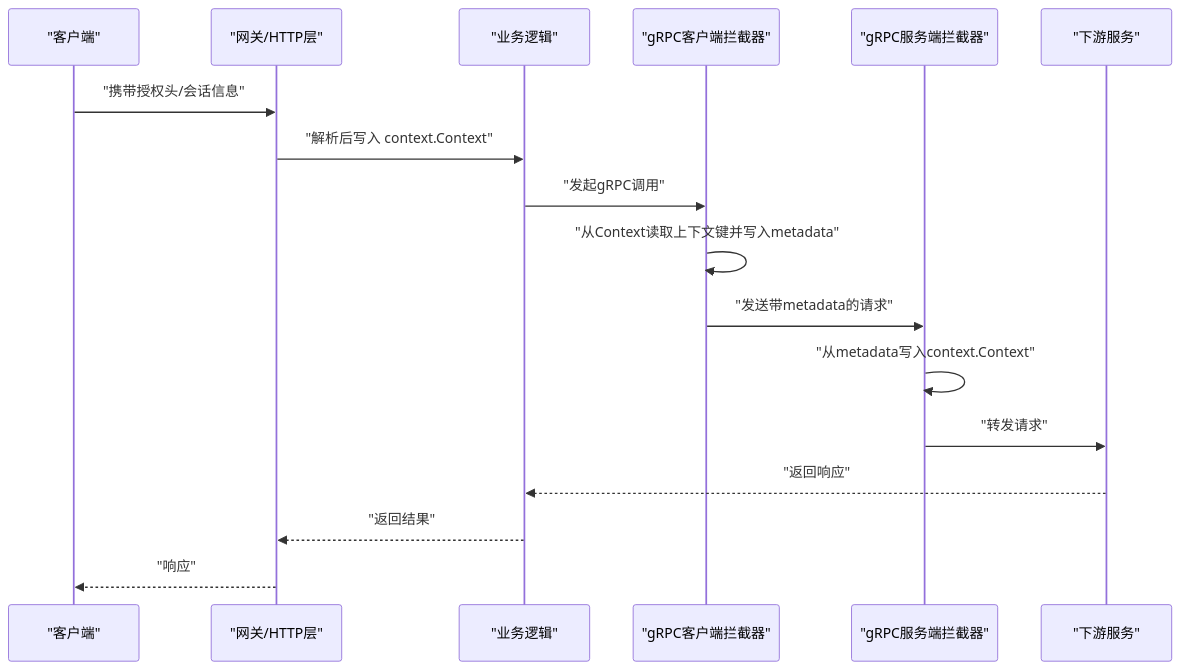
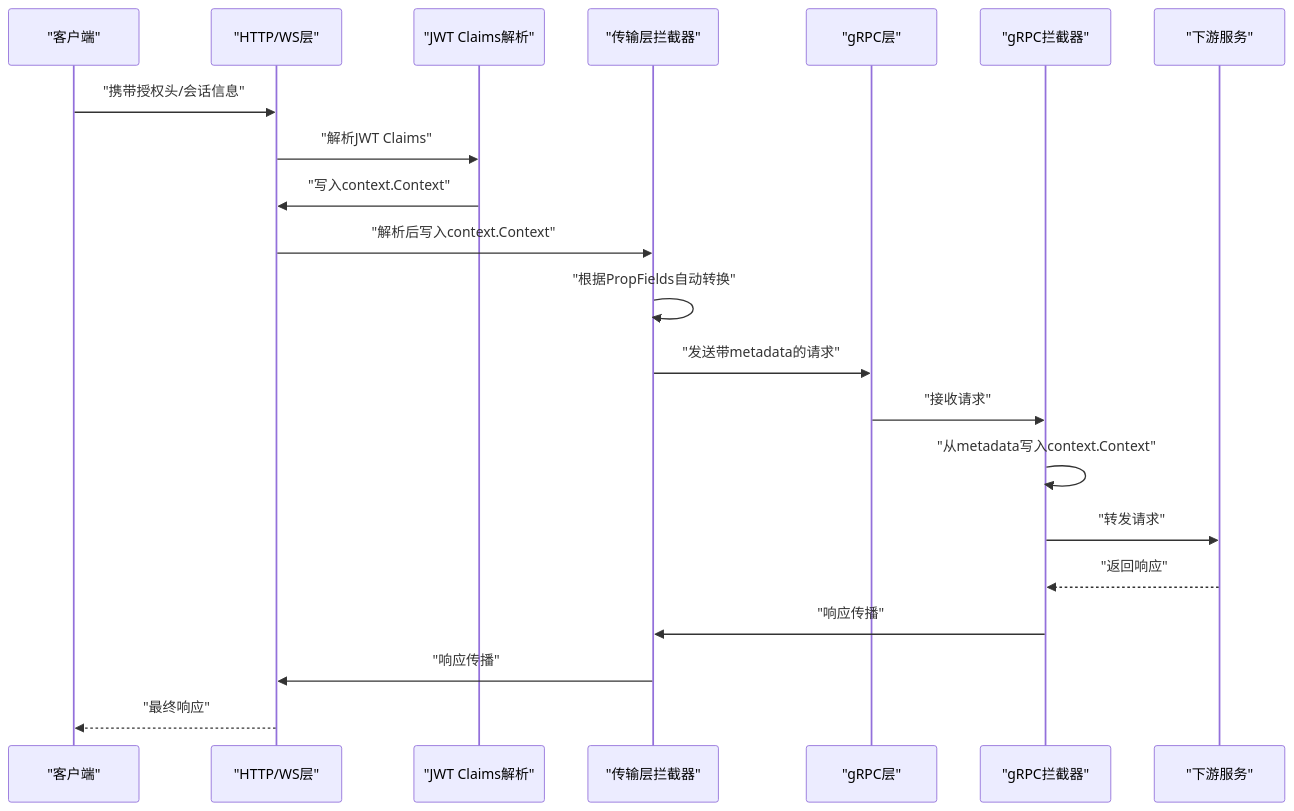
One commit to maomao94/zero-service changed the second of 5 diagrams in .qoder/repowiki/zh/content/公共组件库/工具组件/上下文执行工具/上下文数据管理.md. Above: the diagram before and after it, drawn with Mermaid. The commit also changed other lines of this file and 19 other files, not shown here.

````diff
--- a/.qoder/repowiki/zh/content/公共组件库/工具组件/上下文执行工具/上下文数据管理.md
+++ b/.qoder/repowiki/zh/content/公共组件库/工具组件/上下文执行工具/上下文数据管理.md
@@ -112,19 +163,23 @@
 ```mermaid
 sequenceDiagram
 participant Client as "客户端"
-participant GW as "网关/HTTP层"
-participant Svc as "业务逻辑"
-participant InterC as "gRPC客户端拦截器"
-participant GRPC as "gRPC服务端拦截器"
+participant HTTP as "HTTP/WS层"
+participant Claims as "JWT Claims解析"
+participant InterC as "传输层拦截器"
+participant GRPC as "gRPC层"
+participant InterS as "gRPC拦截器"
 participant Srv as "下游服务"
-Client->>GW : "携带授权头/会话信息"
-GW->>Svc : "解析后写入 context.Context"
-Svc->>InterC : "发起gRPC调用"
-InterC->>InterC : "从Context读取上下文键并写入metadata"
+Client->>HTTP : "携带授权头/会话信息"
+HTTP->>Claims : "解析JWT Claims"
+Claims->>HTTP : "写入context.Context"
+HTTP->>InterC : "解析后写入context.Context"
+InterC->>InterC : "根据PropFields自动转换"
 InterC->>GRPC : "发送带metadata的请求"
-GRPC->>GRPC : "从metadata写入context.Context"
-GRPC->>Srv : "转发请求"
-Srv-->>Svc : "返回响应"
-Svc-->>GW : "返回结果"
-GW-->>Client : "响应"
+GRPC->>InterS : "接收请求"
+InterS->>InterS : "从metadata写入context.Context"
+InterS->>Srv : "转发请求"
+Srv-->>InterS : "返回响应"
+InterS->>InterC : "响应传播"
+InterC->>HTTP : "响应传播"
+HTTP-->>Client : "最终响应"
 ```
````
